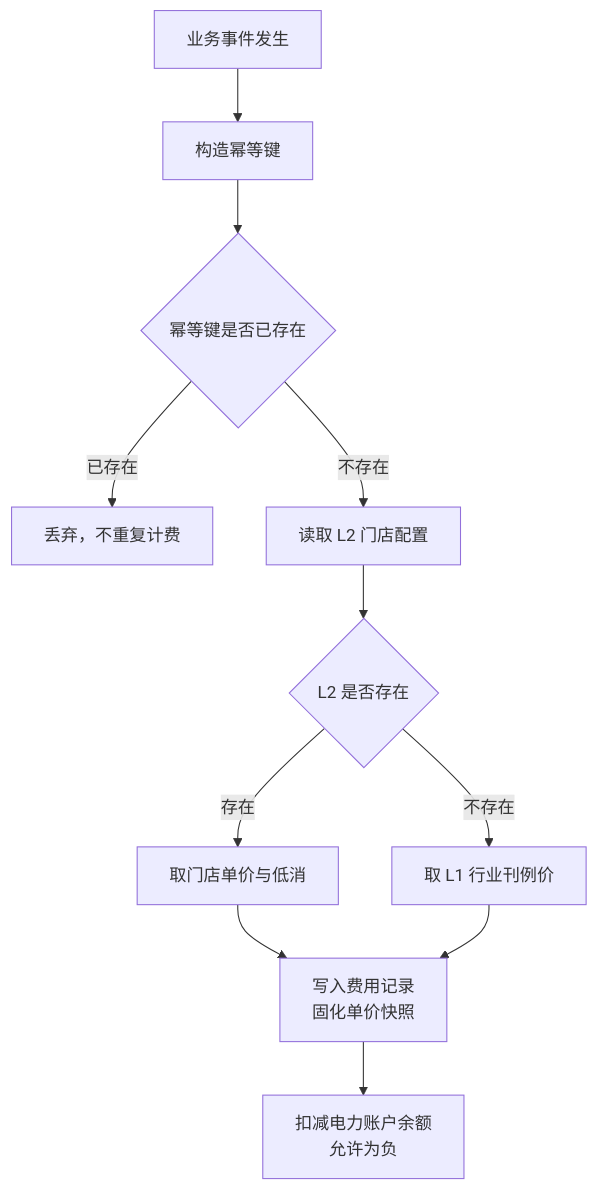
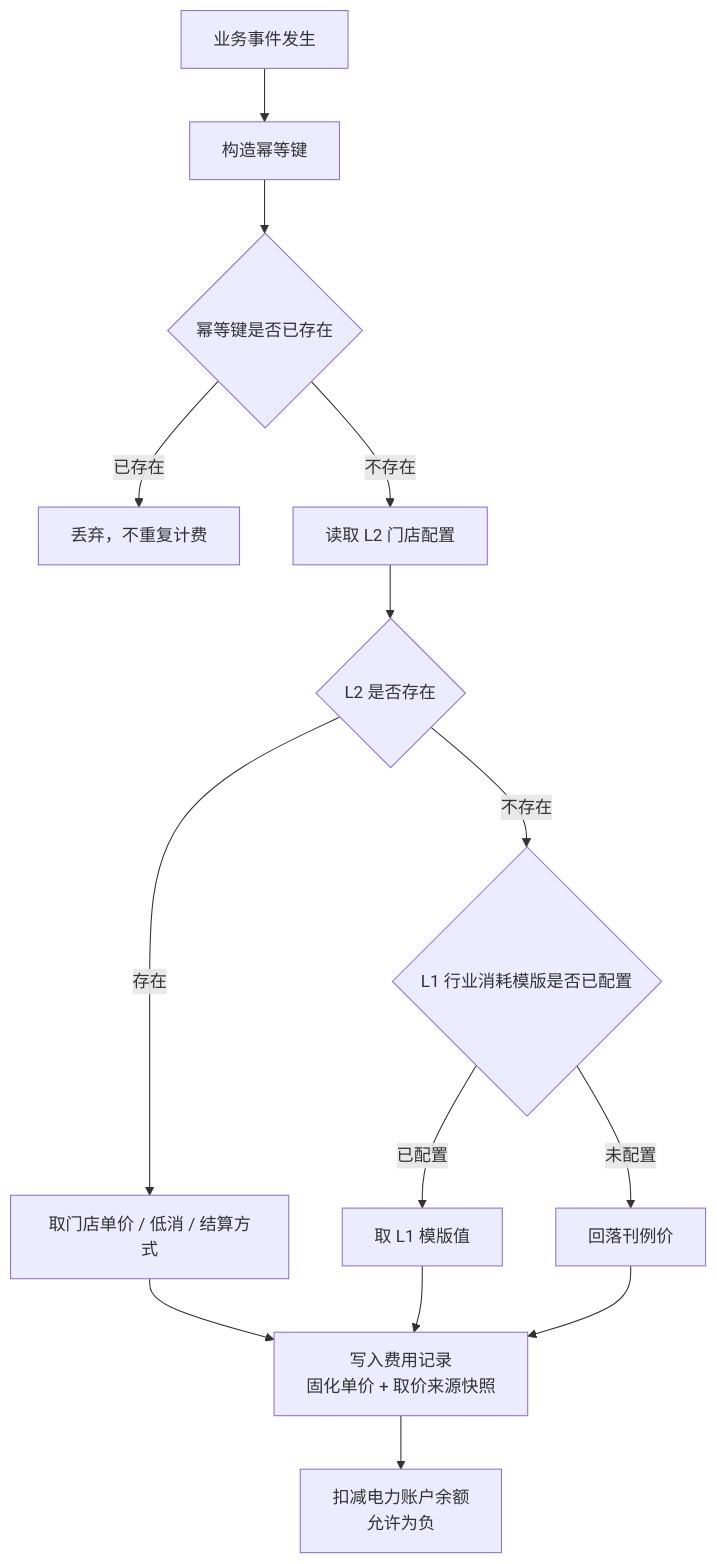
The second of 3 diagrams in docs/prd/PRD-v1.4-计费规则.md (hunterandrabbits-a11y/AI-Army), drawn with Mermaid before and after one commit. The commit also changed other lines of this file and 2 other files, not shown here.

````diff
--- a/docs/prd/PRD-v1.4-计费规则.md
+++ b/docs/prd/PRD-v1.4-计费规则.md
@@ -235,13 +287,16 @@
 ```mermaid
 flowchart TD
     A[业务事件发生] --> B[构造幂等键]
     B --> C{幂等键是否已存在}
     C -->|已存在| D[丢弃，不重复计费]
     C -->|不存在| E[读取 L2 门店配置]
     E --> F{L2 是否存在}
-    F -->|存在| G[取门店单价与低消]
-    F -->|不存在| H[取 L1 行业刊例价]
-    G --> I[写入费用记录<br/>固化单价快照]
-    H --> I
-    I --> J[扣减电力账户余额<br/>允许为负]
+    F -->|存在| G[取门店单价 / 低消 / 结算方式]
+    F -->|不存在| H{L1 行业消耗模版是否已配置}
+    H -->|已配置| I[取 L1 模版值]
+    H -->|未配置| J[回落刊例价]
+    G --> K[写入费用记录<br/>固化单价 + 取价来源快照]
+    I --> K
+    J --> K
+    K --> L[扣减电力账户余额<br/>允许为负]
 ```
````
